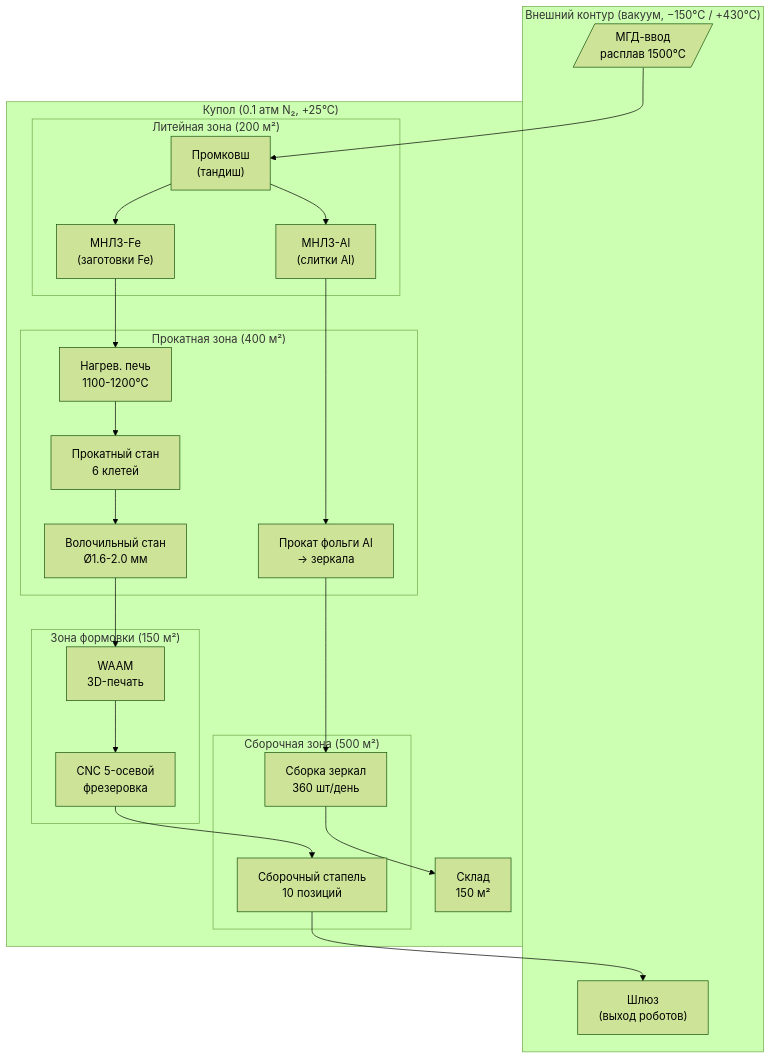
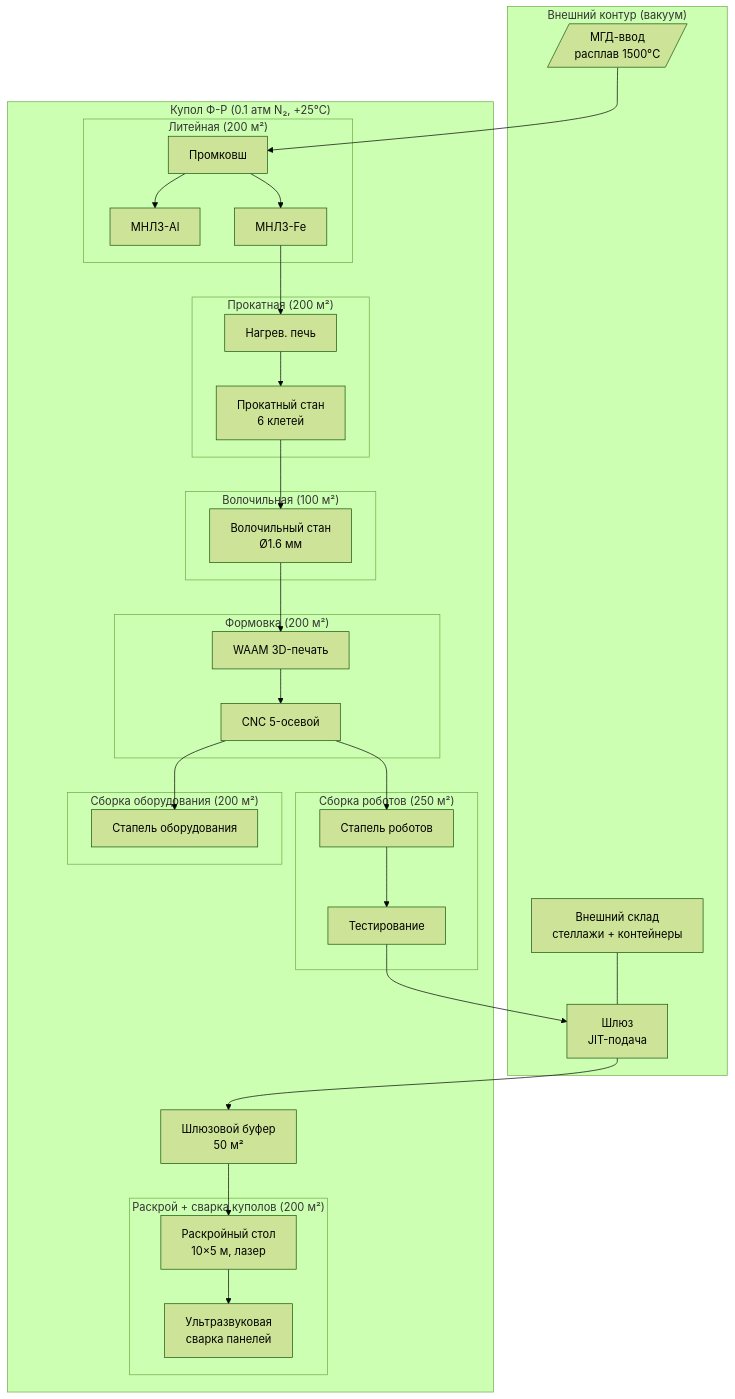
The first of 3 diagrams in ru/science/detailed/production/factories/overview.qmd (DmitryNasikanov/infinite-energy), drawn with Mermaid (forest theme) before and after one commit. The commit also changed other lines of this file and 6 other files, not shown here.

````diff
--- a/ru/science/detailed/production/factories/overview.qmd
+++ b/ru/science/detailed/production/factories/overview.qmd
@@ -52,44 +84,56 @@
 ```{mermaid}
 flowchart TD
-    subgraph EXTERNAL["Внешний контур (вакуум, −150°C / +430°C)"]
+    subgraph EXTERNAL["Внешний контур (вакуум)"]
         MHD[/"МГД-ввод<br/>расплав 1500°C"/]
-        LOCK["Шлюз<br/>(выход роботов)"]
+        LOCK["Шлюз<br/>JIT-подача"]
+        STORAGE["Внешний склад<br/>стеллажи + контейнеры"]
     end
 
-    subgraph DOME["Купол (0.1 атм N₂, +25°C)"]
-        subgraph CASTING["Литейная зона (200 м²)"]
-            TUNDISH["Промковш<br/>(тандиш)"]
-            MNLZ_AL["МНЛЗ-Al<br/>(слитки Al)"]
-            MNLZ_FE["МНЛЗ-Fe<br/>(заготовки Fe)"]
+    subgraph DOME["Купол Ф-Р (0.1 атм N₂, +25°C)"]
+        subgraph CASTING["Литейная (200 м²)"]
+            TUNDISH["Промковш"]
+            MNLZ_AL["МНЛЗ-Al"]
+            MNLZ_FE["МНЛЗ-Fe"]
         end
 
-        subgraph ROLLING["Прокатная зона (400 м²)"]
-            FURNACE["Нагрев. печь<br/>1100-1200°C"]
+        subgraph ROLLING["Прокатная (200 м²)"]
+            FURNACE["Нагрев. печь"]
             MILL["Прокатный стан<br/>6 клетей"]
-            WIRE["Волочильный стан<br/>Ø1.6-2.0 мм"]
-            FOIL["Прокат фольги Al<br/>→ зеркала"]
         end
 
-        subgraph FINISH["Зона формовки (150 м²)"]
-            WAAM["WAAM<br/>3D-печать"]
-            CNC["CNC 5-осевой<br/>фрезеровка"]
+        subgraph WIREDRAW["Волочильная (100 м²)"]
+            WIRE["Волочильный стан<br/>Ø1.6 мм"]
         end
 
-        subgraph ASSEMBLY["Сборочная зона (500 м²)"]
-            STAP["Сборочный стапель<br/>10 позиций"]
-            MIRROR["Сборка зеркал<br/>360 шт/день"]
+        subgraph FORMING["Формовка (200 м²)"]
+            WAAM["WAAM 3D-печать"]
+            CNC["CNC 5-осевой"]
         end
 
-        STORE["Склад<br/>150 м²"]
+        subgraph ROBOTS["Сборка роботов (250 м²)"]
+            STAP_R["Стапель роботов"]
+            TEST_R["Тестирование"]
+        end
+
+        subgraph DOMES["Раскрой + сварка куполов (200 м²)"]
+            CUT["Раскройный стол<br/>10×5 м, лазер"]
+            WELD["Ультразвуковая<br/>сварка панелей"]
+        end
+
+        subgraph EQUIP["Сборка оборудования (200 м²)"]
+            STAP_E["Стапель оборудования"]
+        end
+
+        BUFFER["Шлюзовой буфер<br/>50 м²"]
     end
 
     MHD --> TUNDISH
     TUNDISH --> MNLZ_AL & MNLZ_FE
-    MNLZ_AL --> FOIL
-    MNLZ_FE --> FURNACE
-    FOIL --> MIRROR
-    FURNACE --> MILL --> WIRE --> WAAM
-    WAAM --> CNC --> STAP
-    STAP --> LOCK
-    MIRROR --> STORE
+    MNLZ_FE --> FURNACE --> MILL
+    MILL --> WIRE --> WAAM --> CNC
+    CNC --> STAP_R & STAP_E
+    LOCK --> BUFFER
+    BUFFER --> CUT --> WELD
+    STAP_R --> TEST_R --> LOCK
+    STORAGE --- LOCK
 ```
````
